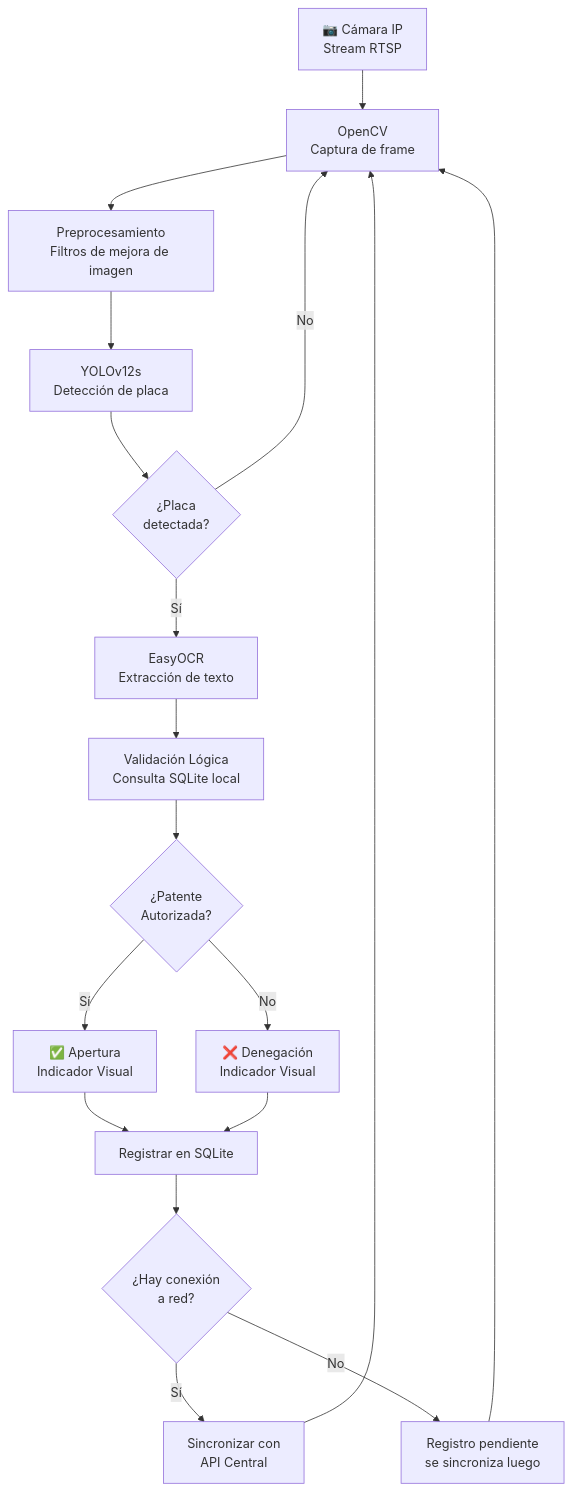
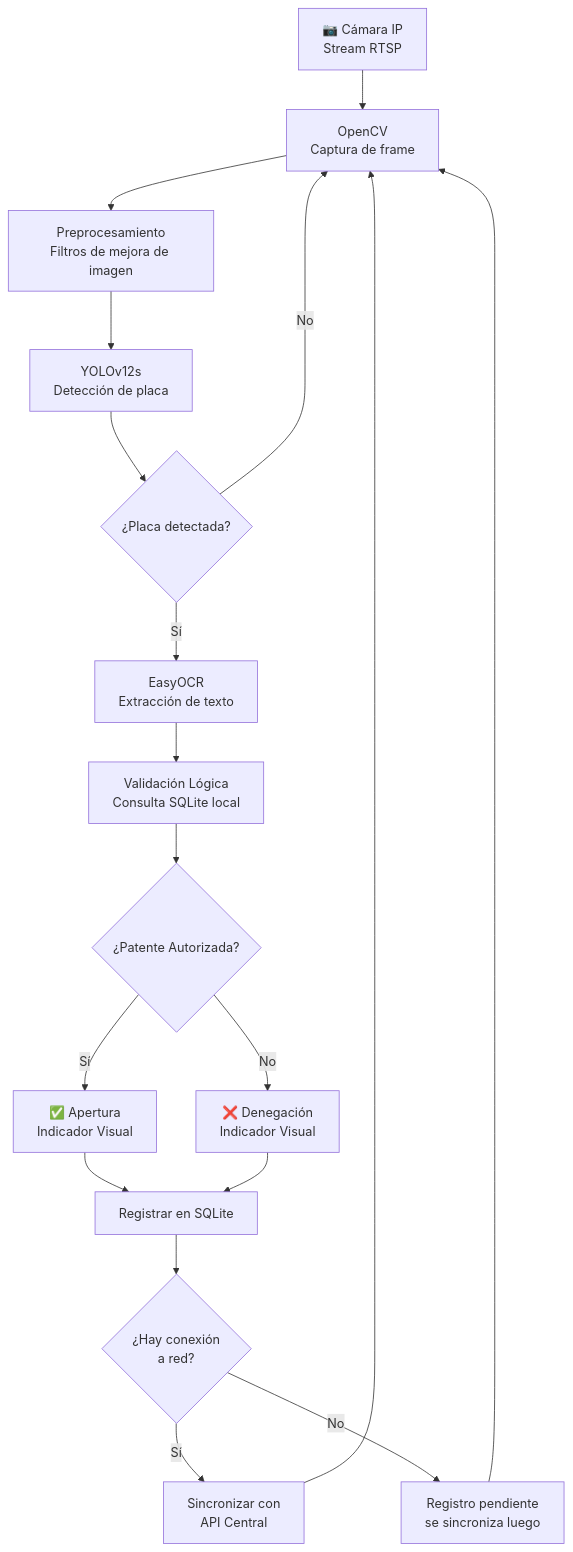
One commit to alpr-access-system/alpr-documentacion changed the fourth of 5 diagrams in architecture/system-architecture.md. Above: the diagram before and after it, drawn with Mermaid. The commit also changed other lines of this file, not shown here.

First line of the commit message:
fix: reescribir diagramas Mermaid con sintaxis compatible con GitHub (flowchart en vez de C4)

````diff
--- a/architecture/system-architecture.md
+++ b/architecture/system-architecture.md
@@ -102,20 +104,20 @@
 ```mermaid
 flowchart TD
-    A[📷 Cámara IP\nStream RTSP] --> B[OpenCV\nCaptura de frame]
-    B --> C[Preprocesamiento\nFiltros de mejora de imagen]
-    C --> D[YOLOv12s\nDetección de placa]
-    D --> E{¿Placa\ndetectada?}
+    A["📷 Cámara IP\nStream RTSP"] --> B["OpenCV\nCaptura de frame"]
+    B --> C["Preprocesamiento\nFiltros de mejora de imagen"]
+    C --> D["YOLOv12s\nDetección de placa"]
+    D --> E{¿Placa detectada?}
     E -->|No| B
-    E -->|Sí| F[EasyOCR\nExtracción de texto]
-    F --> G[Validación Lógica\nConsulta SQLite local]
-    G --> H{¿Patente\nAutorizada?}
-    H -->|Sí| I[✅ Apertura\nIndicador Visual]
-    H -->|No| J[❌ Denegación\nIndicador Visual]
-    I --> K[Registrar en SQLite]
+    E -->|Sí| F["EasyOCR\nExtracción de texto"]
+    F --> G["Validación Lógica\nConsulta SQLite local"]
+    G --> H{¿Patente Autorizada?}
+    H -->|Sí| I["✅ Apertura\nIndicador Visual"]
+    H -->|No| J["❌ Denegación\nIndicador Visual"]
+    I --> K["Registrar en SQLite"]
     J --> K
     K --> L{¿Hay conexión\na red?}
-    L -->|Sí| M[Sincronizar con\nAPI Central]
-    L -->|No| N[Registro pendiente\nse sincroniza luego]
+    L -->|Sí| M["Sincronizar con\nAPI Central"]
+    L -->|No| N["Registro pendiente\nse sincroniza luego"]
     M --> B
     N --> B
 ```
````
